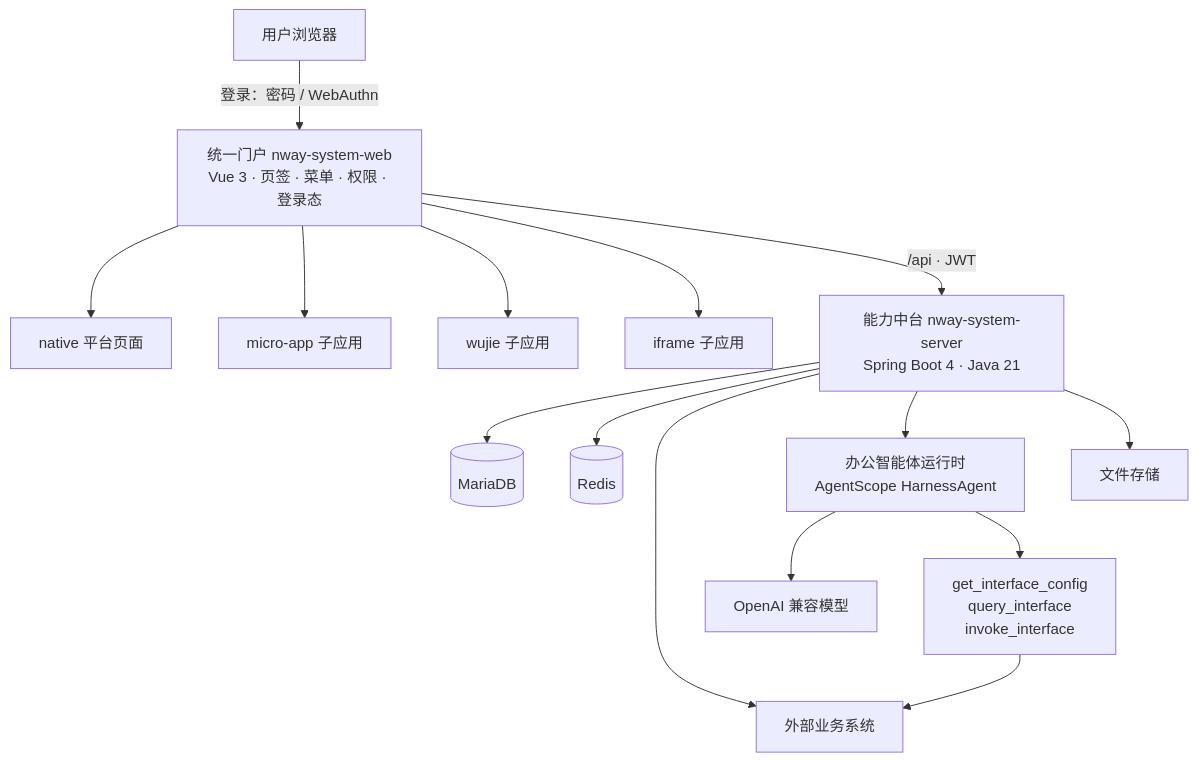
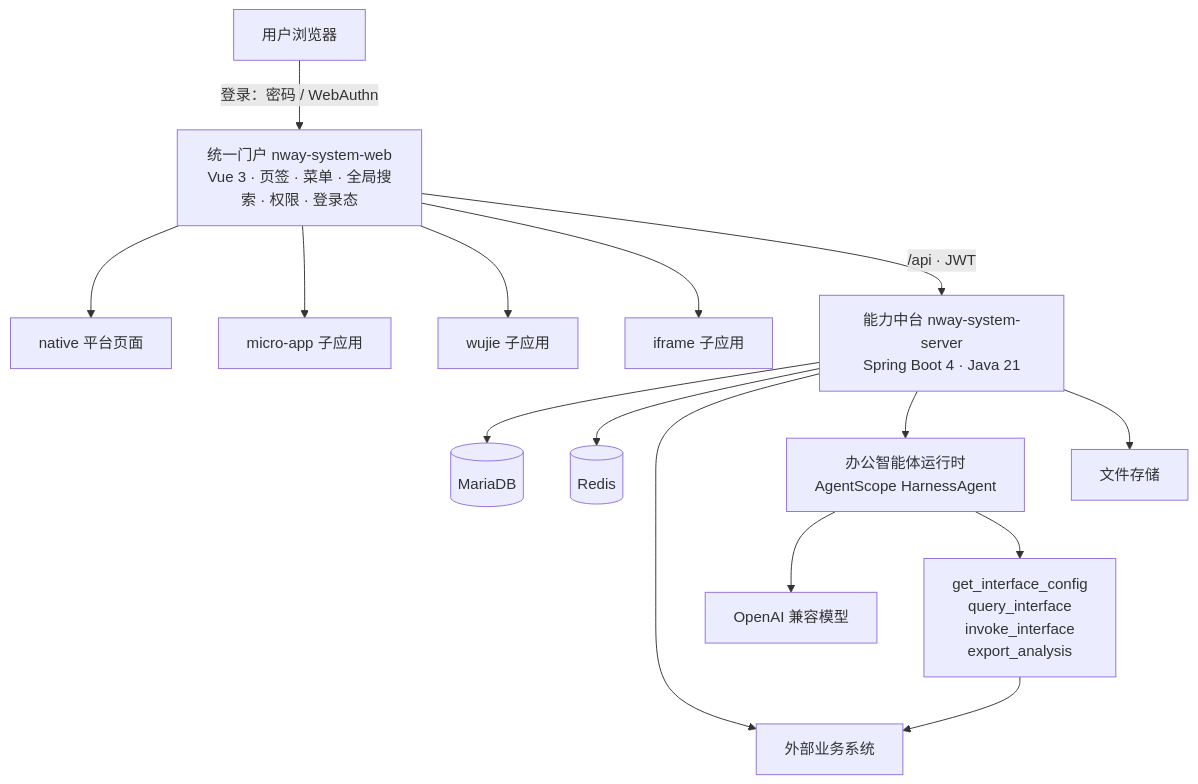
The second of 2 diagrams in README.md (zdtjss/nway-system), drawn with Mermaid before and after one commit. The commit also changed other lines of this file, not shown here.

````diff
--- a/README.md
+++ b/README.md
@@ -415,19 +553,19 @@
 ```mermaid
 flowchart TB
-    U[用户浏览器] -->|"登录：密码 / WebAuthn"| H["统一门户 nway-system-web<br/>Vue 3 · 页签 · 菜单 · 权限 · 登录态"]
+    U[用户浏览器] -->|"登录：密码 / WebAuthn"| H["统一门户 nway-system-web<br/>Vue 3 · 页签 · 菜单 · 全局搜索 · 权限 · 登录态"]
     H --> N[native 平台页面]
     H --> M[micro-app 子应用]
     H --> W[wujie 子应用]
     H --> F[iframe 子应用]
 
     H -->|"/api · JWT"| S["能力中台 nway-system-server<br/>Spring Boot 4 · Java 21"]
     S --> DB[(MariaDB)]
     S --> RD[(Redis)]
     S --> EXT[外部业务系统]
 
     S --> A["办公智能体运行时<br/>AgentScope HarnessAgent"]
     A --> LLM[OpenAI 兼容模型]
-    A --> T["get_interface_config<br/>query_interface<br/>invoke_interface"]
+    A --> T["get_interface_config<br/>query_interface<br/>invoke_interface<br/>export_analysis"]
     T --> EXT
     S --> FILE[文件存储]
 ```
````
